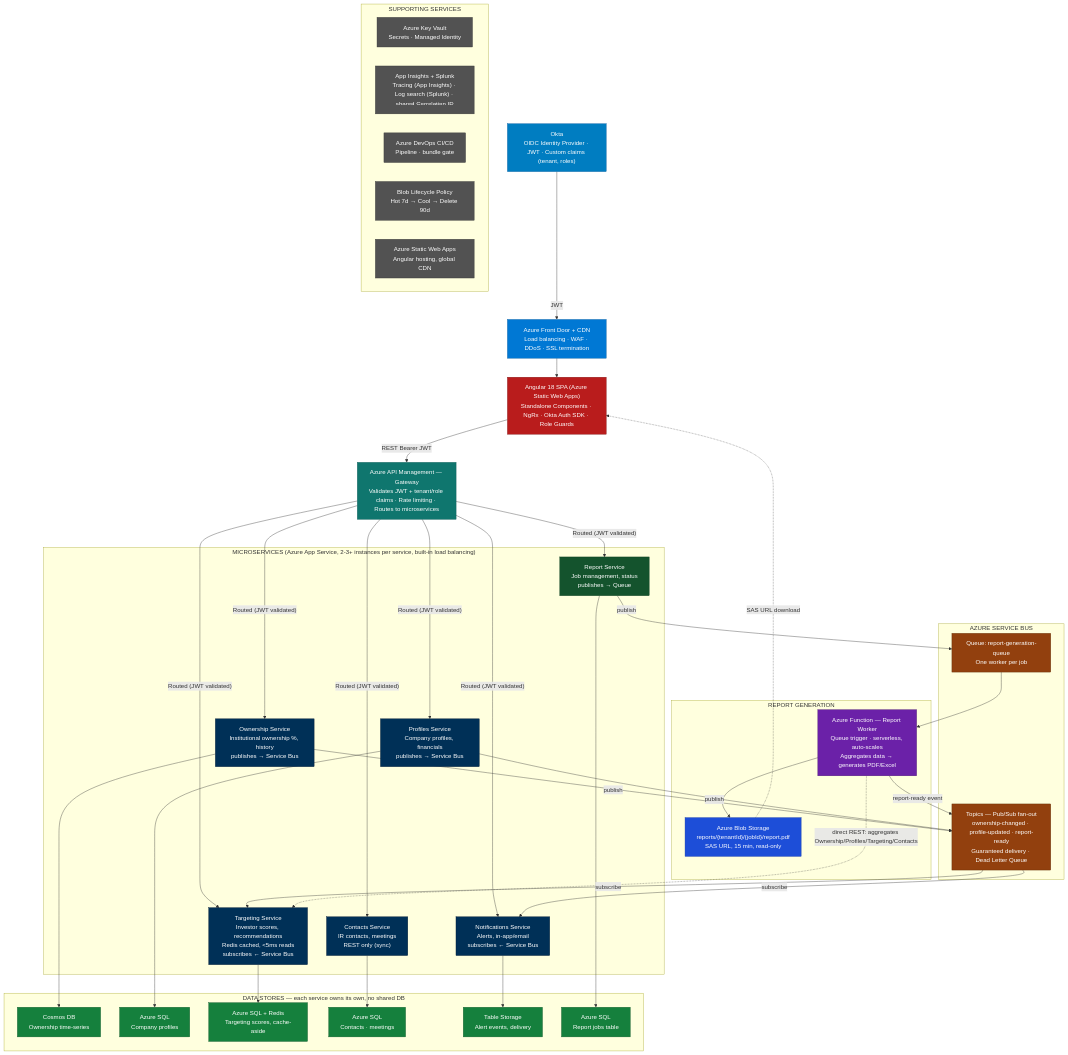
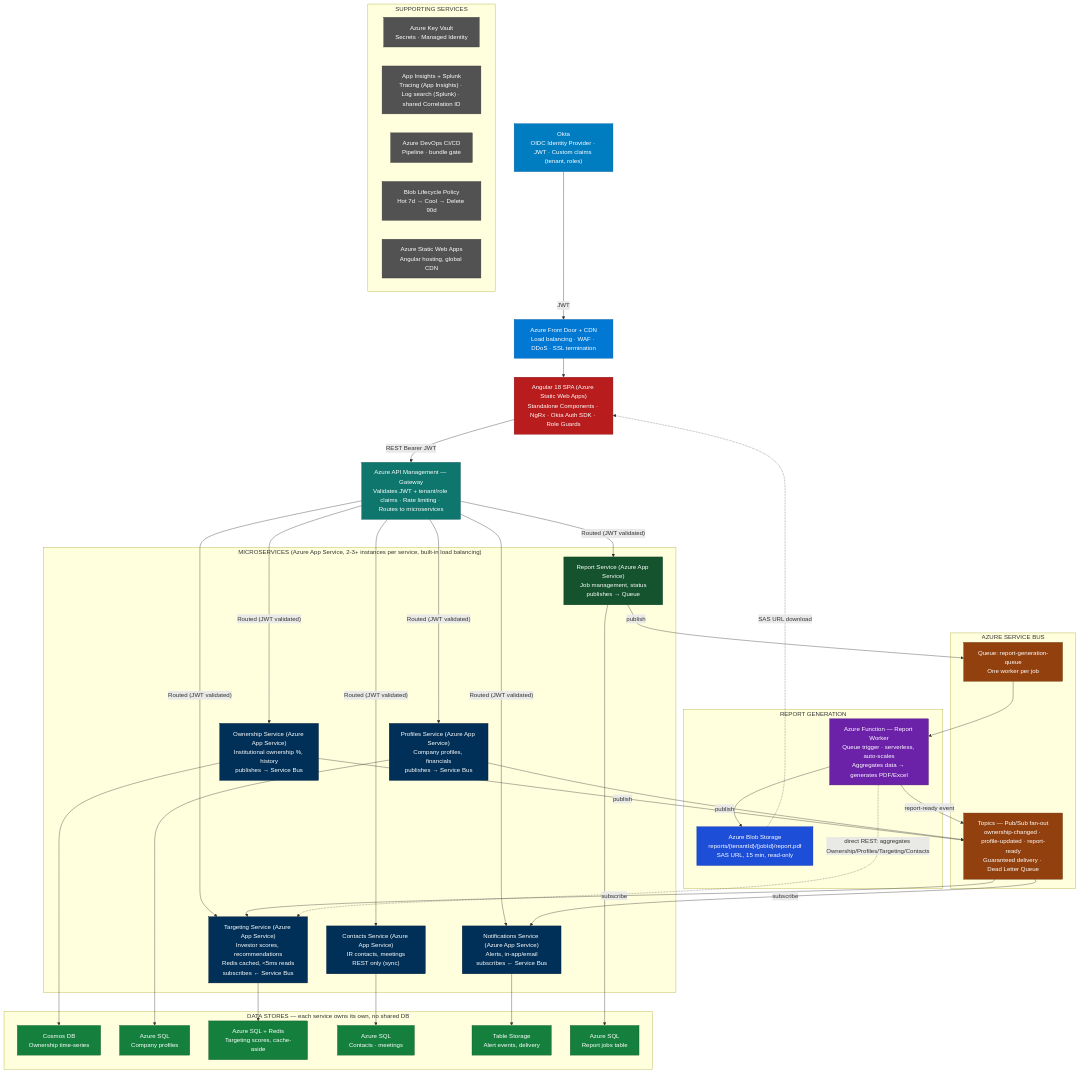
One commit to apoorv2009/interview-vault changed the diagram in capital-access-project/capital-access-interview-story.md. Above: the diagram before and after it, drawn with Mermaid.

Commit message:
refactor: add 'Azure App Service' label to each microservice box in diagram
Updated all six microservice boxes to explicitly show:
- Ownership Service (Azure App Service)
- Profiles Service (Azure App Service)
- Targeting Service (Azure App Service)
- Contacts Service (Azure App Service)
- Notifications Service (Azure App Service)
- Report Service (Azure App Service)

Makes it crystal clear from the diagram that every service runs on App Service.

```diff
--- a/capital-access-project/capital-access-interview-story.md
+++ b/capital-access-project/capital-access-interview-story.md
@@ -93,12 +93,12 @@
     GW["Azure API Management — Gateway<br/>Validates JWT + tenant/role claims · Rate limiting · Routes to microservices"]
 
     subgraph MS["MICROSERVICES (Azure App Service, 2-3+ instances per service, built-in load balancing)"]
-        Own["Ownership Service<br/>Institutional ownership %, history<br/>publishes → Service Bus"]
-        Prof["Profiles Service<br/>Company profiles, financials<br/>publishes → Service Bus"]
-        Targ["Targeting Service<br/>Investor scores, recommendations<br/>Redis cached, &lt;5ms reads<br/>subscribes ← Service Bus"]
-        Cont["Contacts Service<br/>IR contacts, meetings<br/>REST only (sync)"]
-        Notif["Notifications Service<br/>Alerts, in-app/email<br/>subscribes ← Service Bus"]
-        Rep["Report Service<br/>Job management, status<br/>publishes → Queue"]
+        Own["Ownership Service (Azure App Service)<br/>Institutional ownership %, history<br/>publishes → Service Bus"]
+        Prof["Profiles Service (Azure App Service)<br/>Company profiles, financials<br/>publishes → Service Bus"]
+        Targ["Targeting Service (Azure App Service)<br/>Investor scores, recommendations<br/>Redis cached, &lt;5ms reads<br/>subscribes ← Service Bus"]
+        Cont["Contacts Service (Azure App Service)<br/>IR contacts, meetings<br/>REST only (sync)"]
+        Notif["Notifications Service (Azure App Service)<br/>Alerts, in-app/email<br/>subscribes ← Service Bus"]
+        Rep["Report Service (Azure App Service)<br/>Job management, status<br/>publishes → Queue"]
     end
 
     subgraph SB["AZURE SERVICE BUS"]
```
